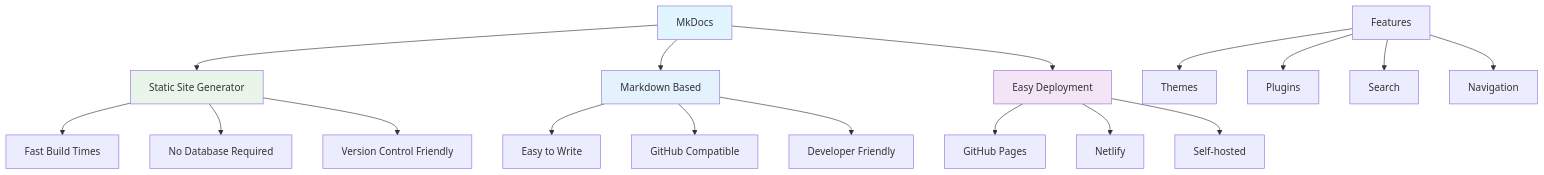
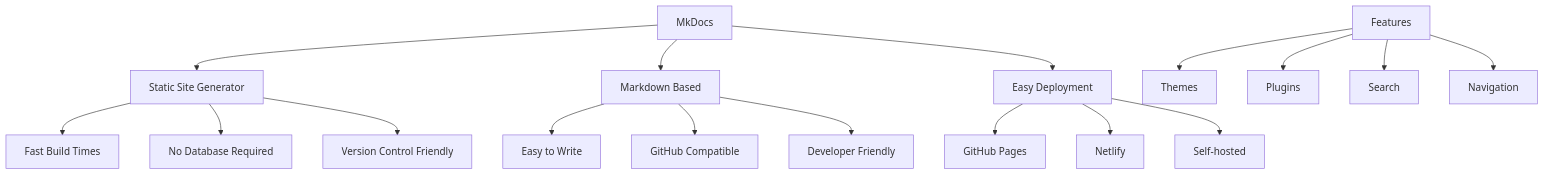
Before and after one commit to sayyamsheikh42/Python-Learning-Material: the eighth of 14 diagrams in 00_python_colab/18_docstrings_mkdocs/readme.md, drawn with Mermaid. The commit also changed other lines of this file, not shown here.

````diff
--- a/00_python_colab/18_docstrings_mkdocs/readme.md
+++ b/00_python_colab/18_docstrings_mkdocs/readme.md
@@ -1168,28 +1133,23 @@
 ```mermaid
 graph TD
-    A["MkDocs"] --> B["Static Site Generator"]
-    A --> C["Markdown Based"]
-    A --> D["Easy Deployment"]
+    A[MkDocs] --> B[Static Site Generator]
+    A --> C[Markdown Based]
+    A --> D[Easy Deployment]
     
-    B --> B1["Fast Build Times"]
-    B --> B2["No Database Required"]
-    B --> B3["Version Control Friendly"]
+    B --> B1[Fast Build Times]
+    B --> B2[No Database Required]
+    B --> B3[Version Control Friendly]
     
-    C --> C1["Easy to Write"]
-    C --> C2["GitHub Compatible"]
-    C --> C3["Developer Friendly"]
+    C --> C1[Easy to Write]
+    C --> C2[GitHub Compatible]
+    C --> C3[Developer Friendly]
     
-    D --> D1["GitHub Pages"]
-    D --> D2["Netlify"]
-    D --> D3["Self-hosted"]
+    D --> D1[GitHub Pages]
+    D --> D2[Netlify]
+    D --> D3[Self-hosted]
     
-    E["Features"] --> E1["Themes"]
-    E --> E2["Plugins"]
-    E --> E3["Search"]
-    E --> E4["Navigation"]
-    
-    style A fill:#e1f5fe
-    style B fill:#e8f5e8
-    style C fill:#e3f2fd
-    style D fill:#f3e5f5
+    E[Features] --> E1[Themes]
+    E --> E2[Plugins]
+    E --> E3[Search]
+    E --> E4[Navigation]
 ```
````
